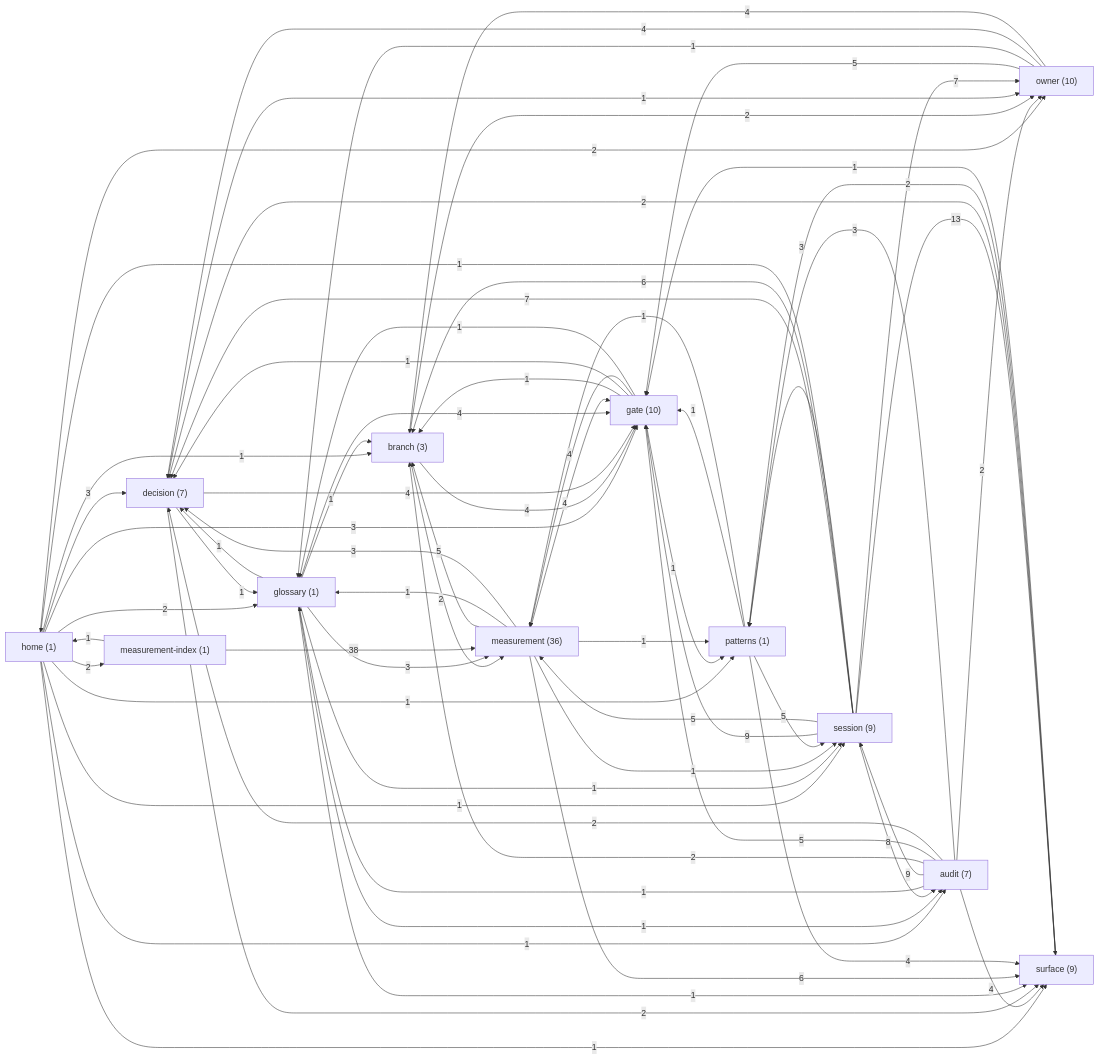
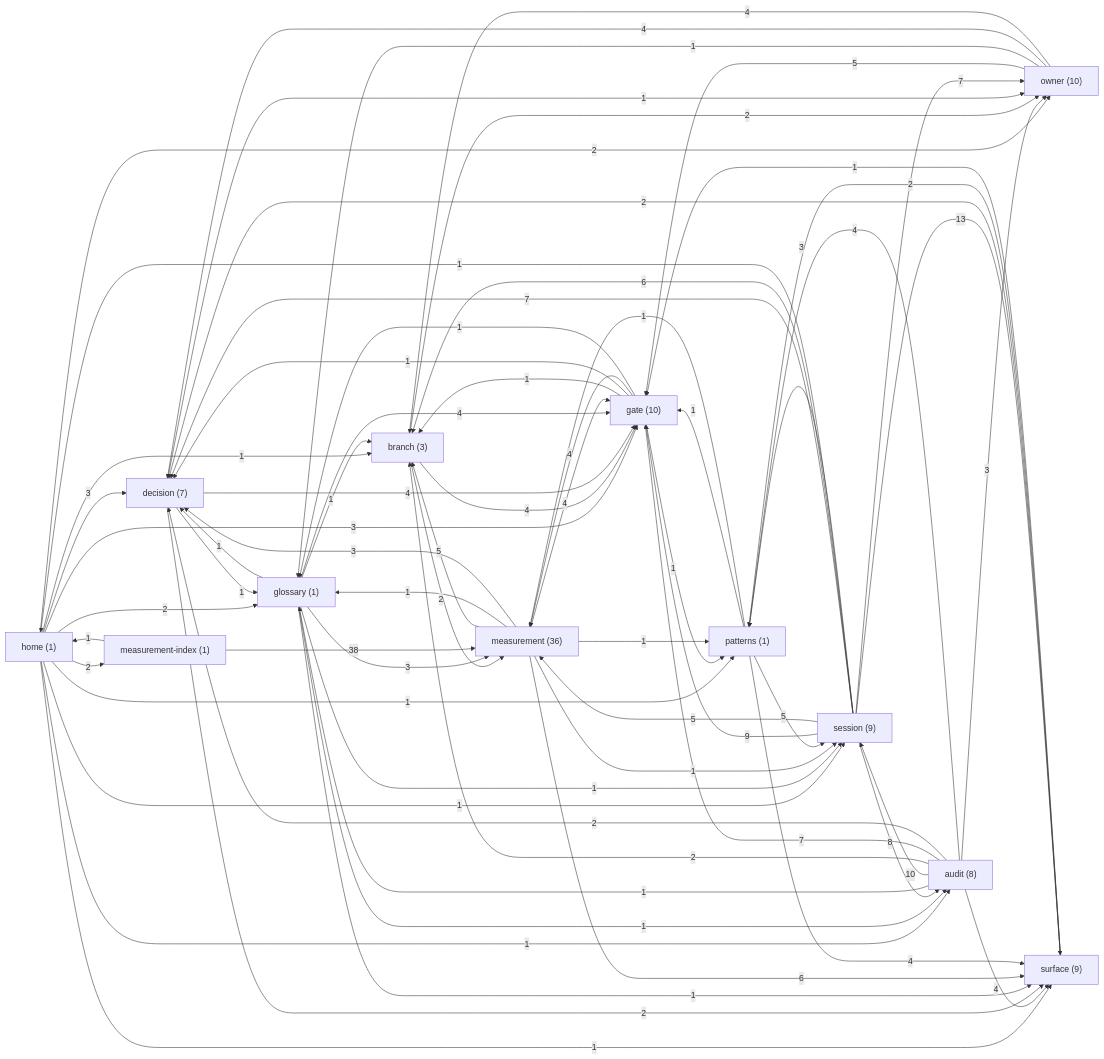
Before and after one commit to sergey9519546/STORYMACHINE: the diagram in docs/brain/GRAPH.md, drawn with Mermaid. The commit also changed other lines of this file and 12 other files, not shown here.

````diff
--- a/docs/brain/GRAPH.md
+++ b/docs/brain/GRAPH.md
@@ -9,81 +9,81 @@
 ```mermaid
 graph LR
   home["home (1)"]
-  audit["audit (7)"]
+  audit["audit (8)"]
   branch["branch (3)"]
   decision["decision (7)"]
   gate["gate (10)"]
   glossary["glossary (1)"]
   measurement["measurement (36)"]
   measurement_index["measurement-index (1)"]
   owner["owner (10)"]
   patterns["patterns (1)"]
   session["session (9)"]
   surface["surface (9)"]
   home -->|3| decision
   home -->|2| glossary
   home -->|3| gate
   home -->|2| measurement_index
   home -->|2| owner
   home -->|1| surface
   home -->|1| session
   home -->|1| audit
   home -->|1| branch
   home -->|1| patterns
   audit -->|1| glossary
-  audit -->|9| session
+  audit -->|10| session
   audit -->|2| branch
-  audit -->|5| gate
+  audit -->|7| gate
   audit -->|2| decision
-  audit -->|3| patterns
-  audit -->|2| owner
+  audit -->|4| patterns
+  audit -->|3| owner
   audit -->|4| surface
   branch -->|2| measurement
   branch -->|4| gate
   branch -->|2| owner
   decision -->|1| glossary
   decision -->|4| gate
   decision -->|2| surface
   decision -->|1| owner
   gate -->|1| branch
   gate -->|1| decision
   gate -->|4| measurement
   gate -->|1| patterns
   gate -->|1| glossary
   glossary -->|1| branch
   glossary -->|3| measurement
   glossary -->|1| surface
   glossary -->|4| gate
   glossary -->|1| session
   glossary -->|1| decision
   glossary -->|1| audit
   measurement -->|5| branch
   measurement -->|4| gate
   measurement -->|1| glossary
   measurement -->|1| session
   measurement -->|3| decision
   measurement -->|1| patterns
   measurement -->|6| surface
   measurement_index -->|1| home
   measurement_index -->|38| measurement
   owner -->|5| gate
   owner -->|1| glossary
   owner -->|4| decision
   owner -->|4| branch
   patterns -->|5| session
   patterns -->|4| surface
   patterns -->|1| gate
   patterns -->|1| measurement
   session -->|9| gate
   session -->|8| audit
   session -->|5| measurement
   session -->|7| decision
   session -->|13| surface
   session -->|6| branch
   session -->|1| home
   session -->|3| patterns
   session -->|7| owner
   surface -->|2| decision
   surface -->|2| patterns
   surface -->|1| gate
 ```
````
